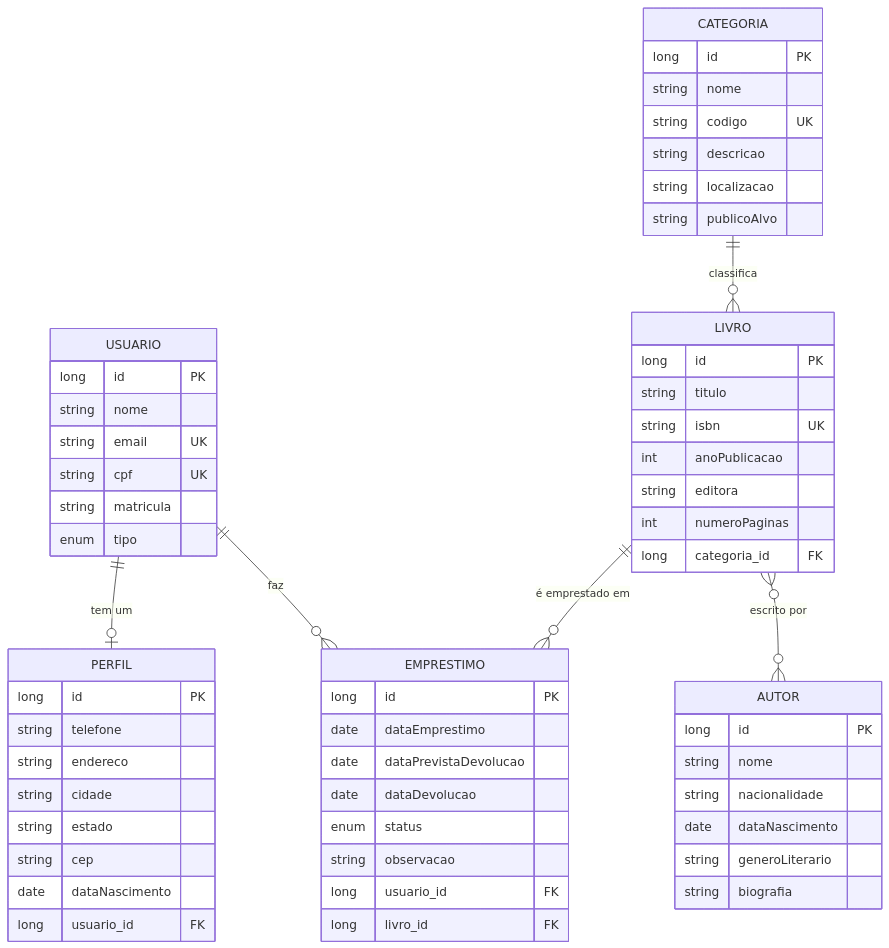
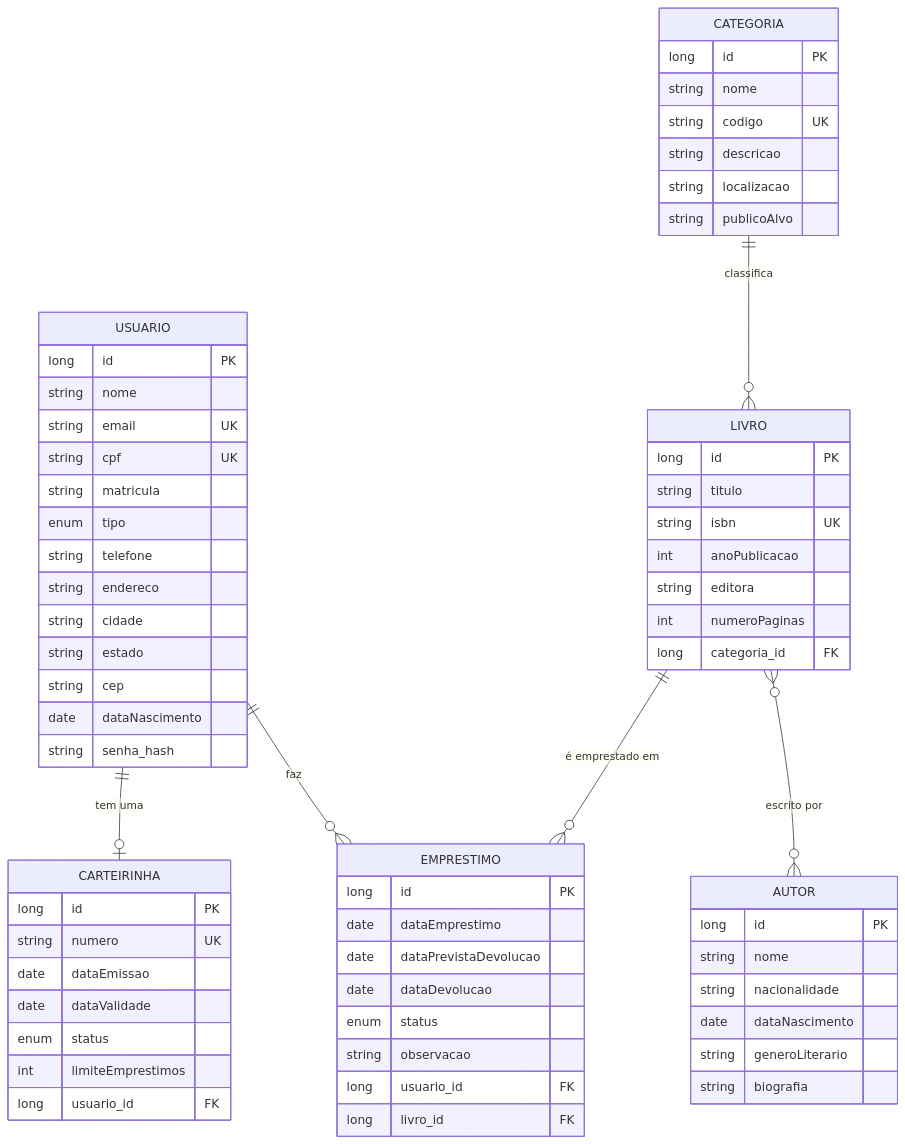
The diagram in docs/modelo-de-dados.md (henriqueramoss-dev/API-BIBLIOTECA), drawn with Mermaid before and after one commit. The commit also changed other lines of this file and 31 other files, not shown here.

First line of the commit message:
Usuário e Perfil viram uma entidade só; nova entidade Carteirinha mantém o One-to-One

````diff
--- a/docs/modelo-de-dados.md
+++ b/docs/modelo-de-dados.md
@@ -7,62 +7,68 @@
 ```mermaid
 erDiagram
-    USUARIO  ||--o| PERFIL      : "tem um"
+    USUARIO  ||--o| CARTEIRINHA : "tem uma"
     USUARIO  ||--o{ EMPRESTIMO  : "faz"
     LIVRO    ||--o{ EMPRESTIMO  : "é emprestado em"
     CATEGORIA ||--o{ LIVRO      : "classifica"
     LIVRO    }o--o{ AUTOR       : "escrito por"
 
     USUARIO {
         long id PK
         string nome
         string email UK
         string cpf UK
         string matricula
         enum tipo
-    }
-    PERFIL {
-        long id PK
         string telefone
         string endereco
         string cidade
         string estado
         string cep
         date dataNascimento
+        string senha_hash
+    }
+    CARTEIRINHA {
+        long id PK
+        string numero UK
+        date dataEmissao
+        date dataValidade
+        enum status
+        int limiteEmprestimos
         long usuario_id FK
     }
     AUTOR {
         long id PK
         string nome
         string nacionalidade
         date dataNascimento
         string generoLiterario
         string biografia
     }
     CATEGORIA {
         long id PK
         string nome
         string codigo UK
         string descricao
         string localizacao
         string publicoAlvo
     }
     LIVRO {
         long id PK
         string titulo
         string isbn UK
         int anoPublicacao
         string editora
         int numeroPaginas
         long categoria_id FK
     }
     EMPRESTIMO {
         long id PK
         date dataEmprestimo
         date dataPrevistaDevolucao
         date dataDevolucao
         enum status
         string observacao
         long usuario_id FK
         long livro_id FK
     }
 ```
````
